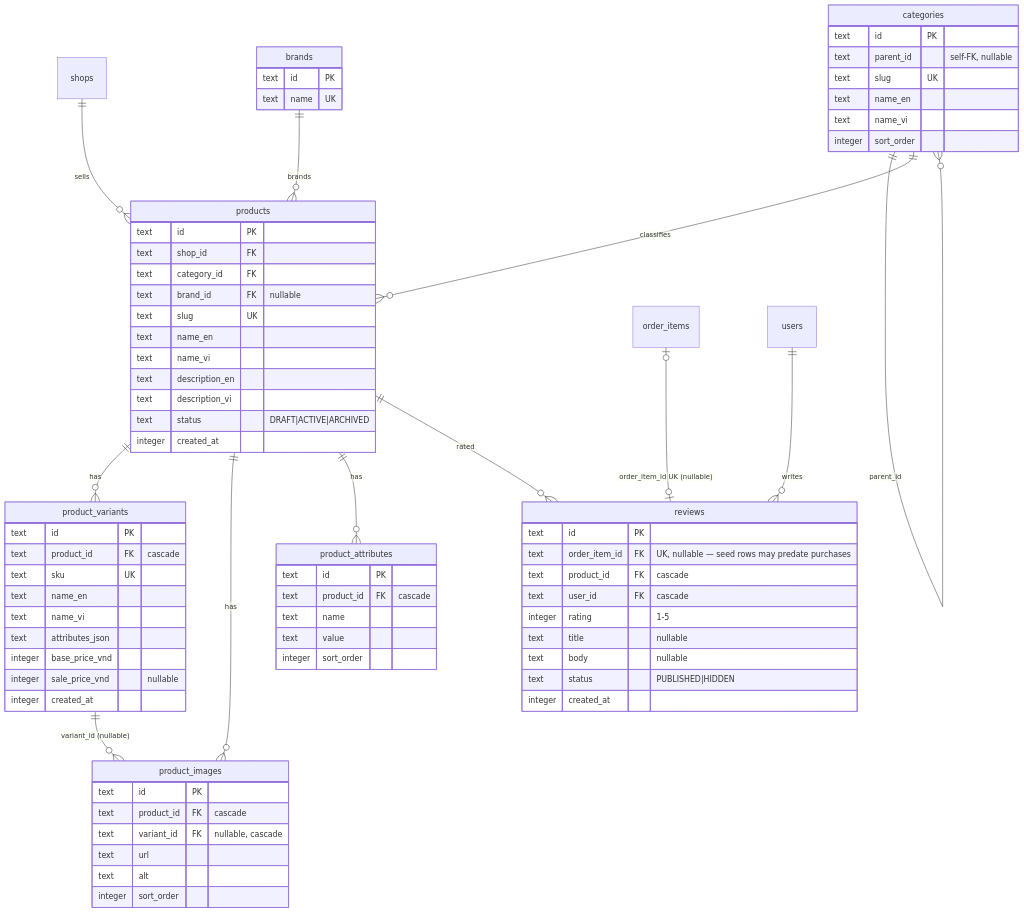
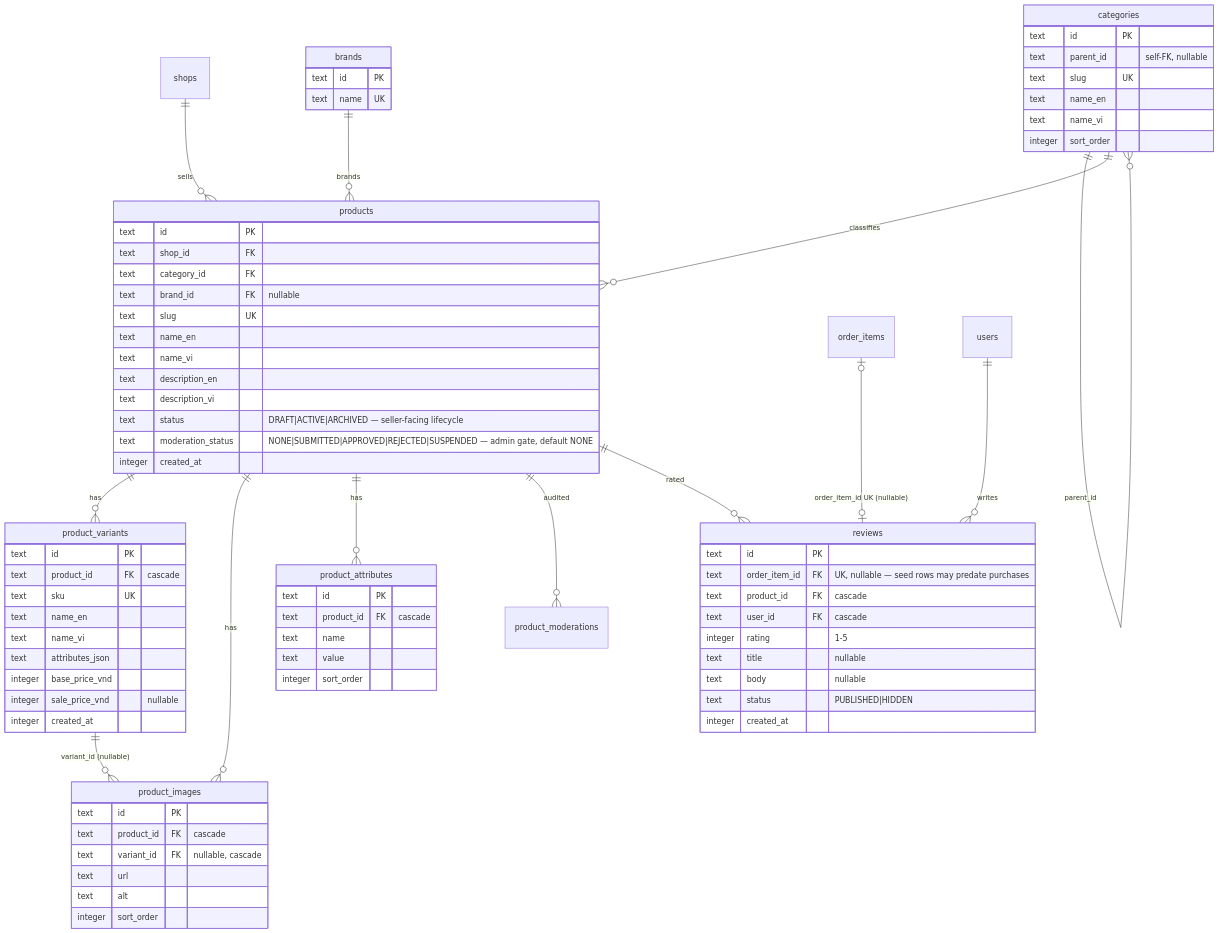
One commit to ntxinh/ecommerce changed the second of 8 diagrams in docs/database/data-model.md. Above: the diagram before and after it, drawn with Mermaid. The commit also changed other lines of this file and 4 other files, not shown here.

````diff
--- a/docs/database/data-model.md
+++ b/docs/database/data-model.md
@@ -107,77 +107,79 @@
 ```mermaid
 erDiagram
   categories ||--o{ categories : "parent_id"
   shops ||--o{ products : sells
   categories ||--o{ products : classifies
   brands ||--o{ products : brands
   products ||--o{ product_variants : has
   products ||--o{ product_images : has
   product_variants ||--o{ product_images : "variant_id (nullable)"
   products ||--o{ product_attributes : has
+  products ||--o{ product_moderations : audited
   products ||--o{ reviews : rated
   order_items |o--o| reviews : "order_item_id UK (nullable)"
   users ||--o{ reviews : writes
 
   categories {
     text id PK
     text parent_id "self-FK, nullable"
     text slug UK
     text name_en
     text name_vi
     integer sort_order
   }
   brands {
     text id PK
     text name UK
   }
   products {
     text id PK
     text shop_id FK
     text category_id FK
     text brand_id FK "nullable"
     text slug UK
     text name_en
     text name_vi
     text description_en
     text description_vi
-    text status "DRAFT|ACTIVE|ARCHIVED"
+    text status "DRAFT|ACTIVE|ARCHIVED — seller-facing lifecycle"
+    text moderation_status "NONE|SUBMITTED|APPROVED|REJECTED|SUSPENDED — admin gate, default NONE"
     integer created_at
   }
   product_variants {
     text id PK
     text product_id FK "cascade"
     text sku UK
     text name_en
     text name_vi
     text attributes_json
     integer base_price_vnd
     integer sale_price_vnd "nullable"
     integer created_at
   }
   product_images {
     text id PK
     text product_id FK "cascade"
     text variant_id FK "nullable, cascade"
     text url
     text alt
     integer sort_order
   }
   product_attributes {
     text id PK
     text product_id FK "cascade"
     text name
     text value
     integer sort_order
   }
   reviews {
     text id PK
     text order_item_id FK "UK, nullable — seed rows may predate purchases"
     text product_id FK "cascade"
     text user_id FK "cascade"
     integer rating "1-5"
     text title "nullable"
     text body "nullable"
     text status "PUBLISHED|HIDDEN"
     integer created_at
   }
 ```
````
